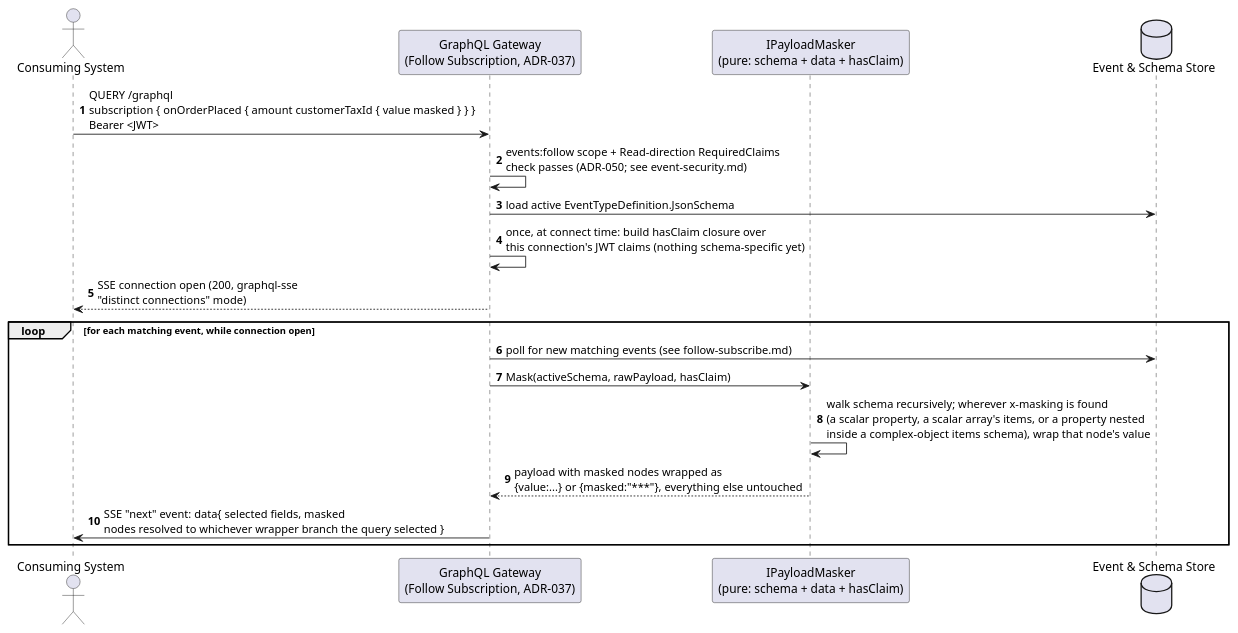
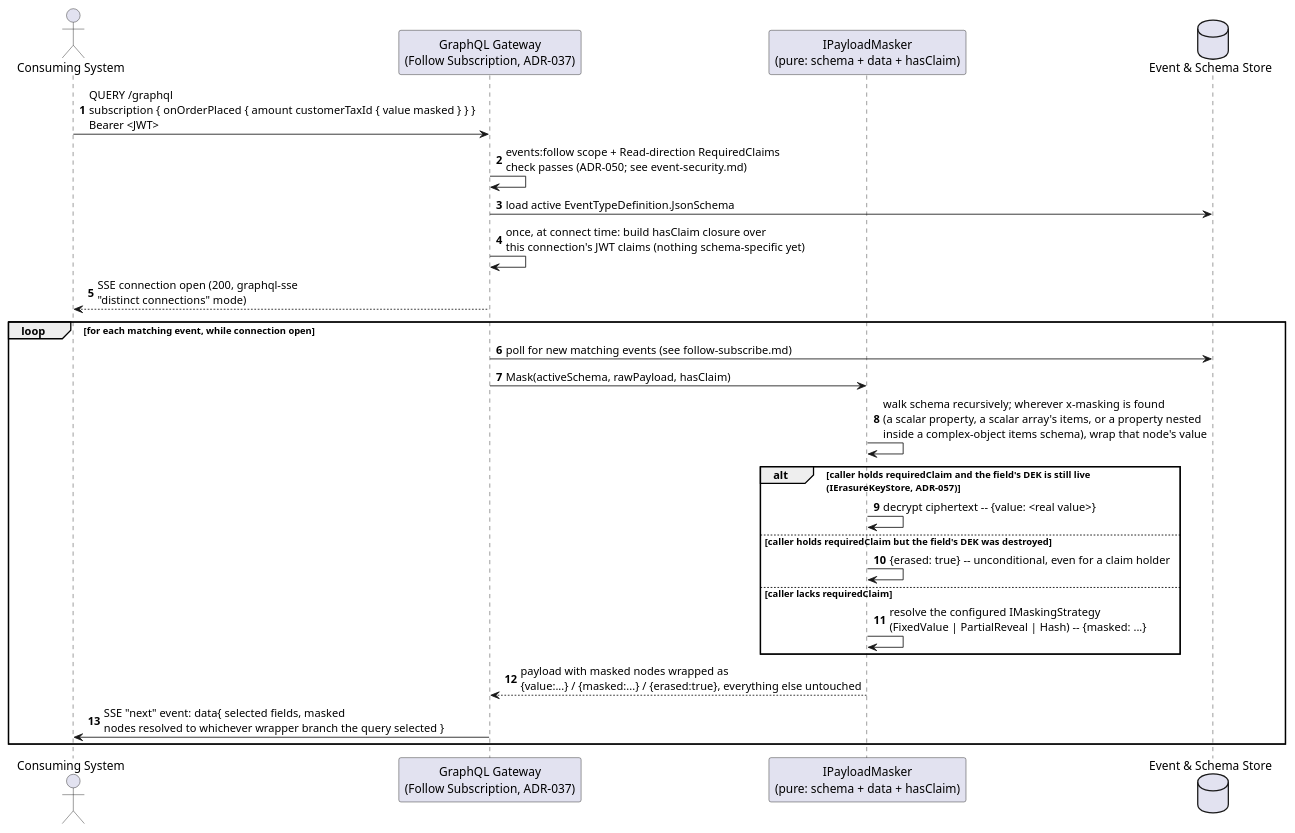
The first of 2 diagrams in docs/features/masking.md (Mwwhited-BookLearning/EventSourcing), drawn with PlantUML before and after one commit. The commit also changed other lines of this file and 39 other files, not shown here.

````diff
--- a/docs/features/masking.md
+++ b/docs/features/masking.md
@@ -59,23 +95,30 @@
 ```plantuml
 @startuml Masking_Sequence
 autonumber
 actor "Consuming System" as follower
 participant "GraphQL Gateway\n(Follow Subscription, ADR-037)" as endpoint
 participant "IPayloadMasker\n(pure: schema + data + hasClaim)" as masker
 database "Event & Schema Store" as db
 
 follower -> endpoint: QUERY /graphql\nsubscription { onOrderPlaced { amount customerTaxId { value masked } } }\nBearer <JWT>
 endpoint -> endpoint: events:follow scope + Read-direction RequiredClaims\ncheck passes (ADR-050; see event-security.md)
 endpoint -> db: load active EventTypeDefinition.JsonSchema
 endpoint -> endpoint: once, at connect time: build hasClaim closure over\nthis connection's JWT claims (nothing schema-specific yet)
 endpoint --> follower: SSE connection open (200, graphql-sse\n"distinct connections" mode)
 
 loop for each matching event, while connection open
   endpoint -> db: poll for new matching events (see follow-subscribe.md)
   endpoint -> masker: Mask(activeSchema, rawPayload, hasClaim)
   masker -> masker: walk schema recursively; wherever x-masking is found\n(a scalar property, a scalar array's items, or a property nested\ninside a complex-object items schema), wrap that node's value
-  masker --> endpoint: payload with masked nodes wrapped as\n{value:...} or {masked:"***"}, everything else untouched
+  alt caller holds requiredClaim and the field's DEK is still live\n(IErasureKeyStore, ADR-057)
+    masker -> masker: decrypt ciphertext -- {value: <real value>}
+  else caller holds requiredClaim but the field's DEK was destroyed
+    masker -> masker: {erased: true} -- unconditional, even for a claim holder
+  else caller lacks requiredClaim
+    masker -> masker: resolve the configured IMaskingStrategy\n(FixedValue | PartialReveal | Hash) -- {masked: ...}
+  end
+  masker --> endpoint: payload with masked nodes wrapped as\n{value:...} / {masked:...} / {erased:true}, everything else untouched
   endpoint -> follower: SSE "next" event: data{ selected fields, masked\nnodes resolved to whichever wrapper branch the query selected }
 end
 @enduml
 ```
````
